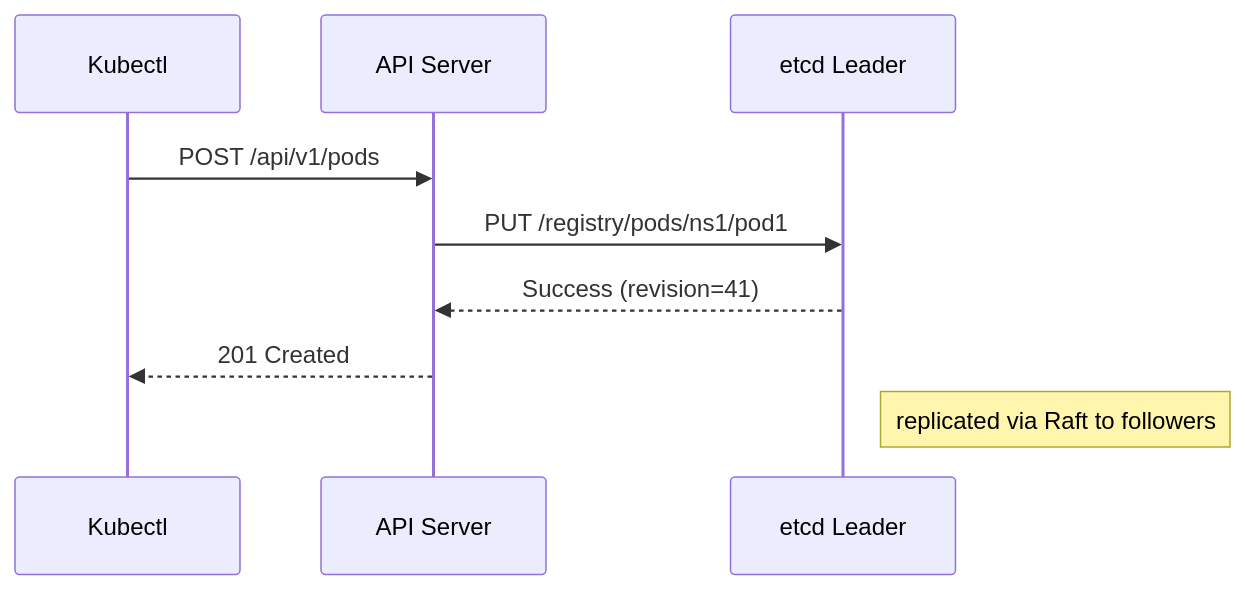
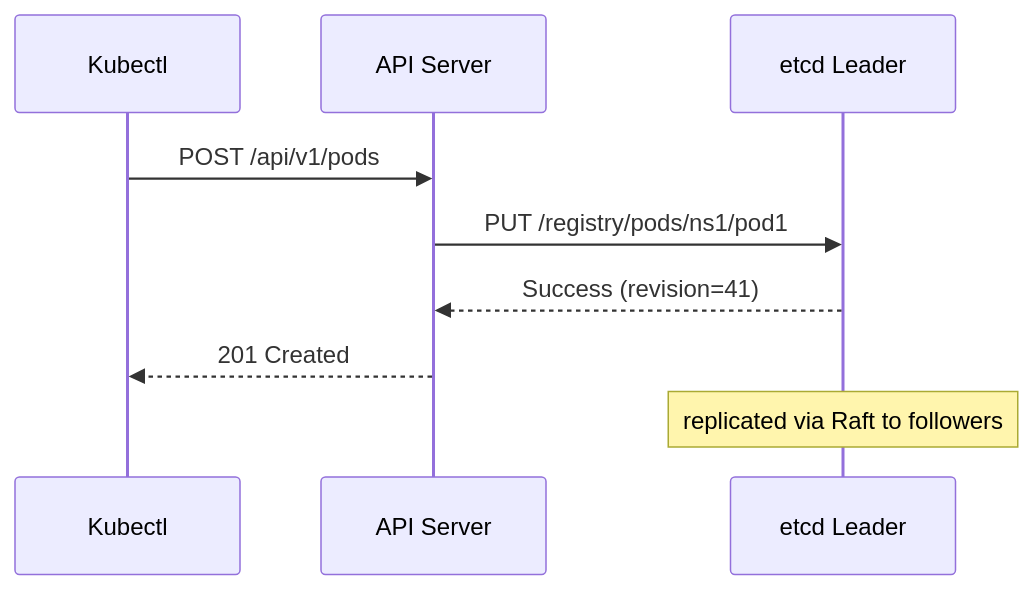
One commit to hadywafa/DevOpsHub changed the eighth of 10 diagrams in 4.k8s/k8s-internals/etc-internals/etcd-internals.md. Above: the diagram before and after it, drawn with Mermaid. The commit also changed other lines of this file and 2 other files, not shown here.

````diff
--- a/4.k8s/k8s-internals/etc-internals/etcd-internals.md
+++ b/4.k8s/k8s-internals/etc-internals/etcd-internals.md
@@ -346,11 +400,11 @@
 ```mermaid
 sequenceDiagram
   participant Kubectl
   participant API as API Server
   participant Etcd as etcd Leader
   Kubectl->>API: POST /api/v1/pods
   API->>Etcd: PUT /registry/pods/ns1/pod1
   Etcd-->>API: Success (revision=41)
   API-->>Kubectl: 201 Created
-  Note right of Etcd: replicated via Raft to followers
+  Note over Etcd: replicated via Raft to followers
 ```
````
